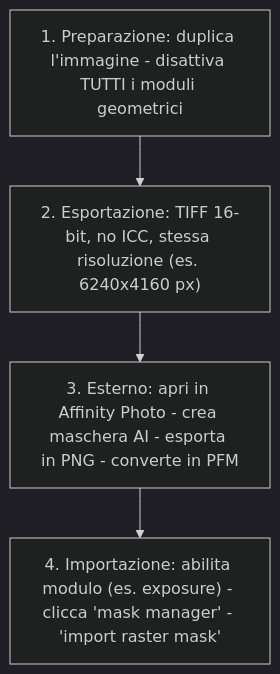
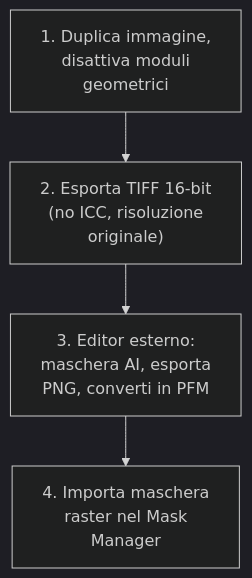
One commit to lorenzoperone/darktable-docs changed the diagram in docs/masking/raster.md. Above: the diagram before and after it, drawn with Mermaid (dark theme). The commit also changed 40 other files, not shown here.

First line of the commit message:
fix: reformatta diagrammi Mermaid — etichette brevi, break line, italiano

````diff
--- a/docs/masking/raster.md
+++ b/docs/masking/raster.md
@@ -30,4 +30,4 @@
 ```mermaid
 flowchart TD
-    A["1. Preparazione: duplica l'immagine - disattiva TUTTI i moduli geometrici"] --> B["2. Esportazione: TIFF 16-bit, no ICC, stessa risoluzione (es. 6240x4160 px)"] --> C["3. Esterno: apri in Affinity Photo - crea maschera AI - esporta in PNG - converte in PFM"] --> D["4. Importazione: abilita modulo (es. exposure) - clicca 'mask manager' - 'import raster mask'"]
+    A["1. Duplica immagine,<br/>disattiva moduli<br/>geometrici"] --> B["2. Esporta TIFF 16-bit<br/>(no ICC, risoluzione<br/>originale)"] --> C["3. Editor esterno:<br/>maschera AI, esporta<br/>PNG, converti in PFM"] --> D["4. Importa maschera<br/>raster nel Mask<br/>Manager"]
 ```
````
